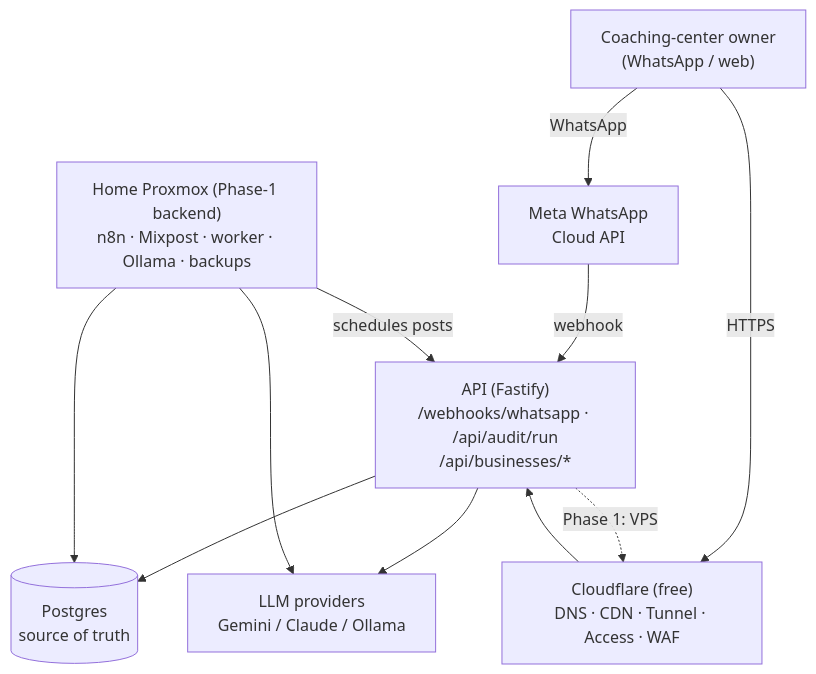
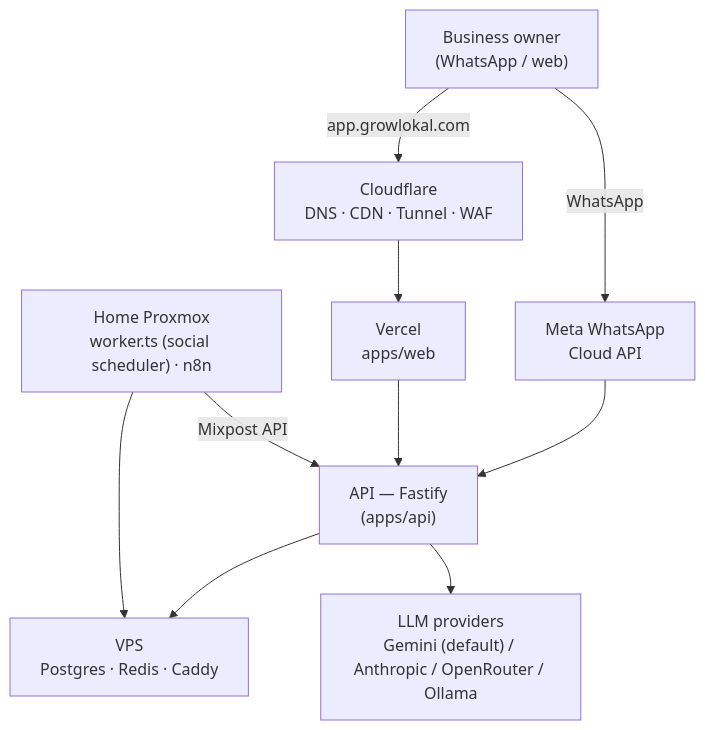
The first of 2 diagrams in docs/ARCHITECTURE.md (akheels-web/growlokal), drawn with Mermaid before and after one commit. The commit also changed other lines of this file and 4 other files, not shown here.

````diff
--- a/docs/ARCHITECTURE.md
+++ b/docs/ARCHITECTURE.md
@@ -38,21 +12,18 @@
 ```mermaid
 flowchart TD
-    Owner["Coaching-center owner<br/>(WhatsApp / web)"]
-    CF["Cloudflare (free)<br/>DNS · CDN · Tunnel · Access · WAF"]
+    Owner["Business owner<br/>(WhatsApp / web)"]
+    CF["Cloudflare<br/>DNS · CDN · Tunnel · WAF"]
+    Vercel["Vercel<br/>apps/web"]
+    VPS["VPS<br/>Postgres · Redis · Caddy"]
+    API["API — Fastify<br/>(apps/api)"]
     Meta["Meta WhatsApp<br/>Cloud API"]
-    API["API (Fastify)<br/>/webhooks/whatsapp · /api/audit/run<br/>/api/businesses/*"]
-    PG[("Postgres<br/>source of truth")]
-    LLM["LLM providers<br/>Gemini / Claude / Ollama"]
-    Home["Home Proxmox (Phase-1 backend)<br/>n8n · Mixpost · worker · Ollama · backups"]
+    LLM["LLM providers<br/>Gemini (default) / Anthropic / OpenRouter / Ollama"]
+    Home["Home Proxmox<br/>worker.ts (social scheduler) · n8n"]
 
-    Owner -->|WhatsApp| Meta
-    Owner -->|HTTPS| CF
-    Meta -->|webhook| API
-    CF --> API
-    API --> PG
+    Owner -->|WhatsApp| Meta --> API
+    Owner -->|app.growlokal.com| CF --> Vercel --> API
+    API --> VPS
     API --> LLM
-    API -.->|Phase 1: VPS| CF
-    Home --> PG
-    Home --> LLM
-    Home -->|schedules posts| API
+    Home --> VPS
+    Home -->|Mixpost API| API
 ```
````
